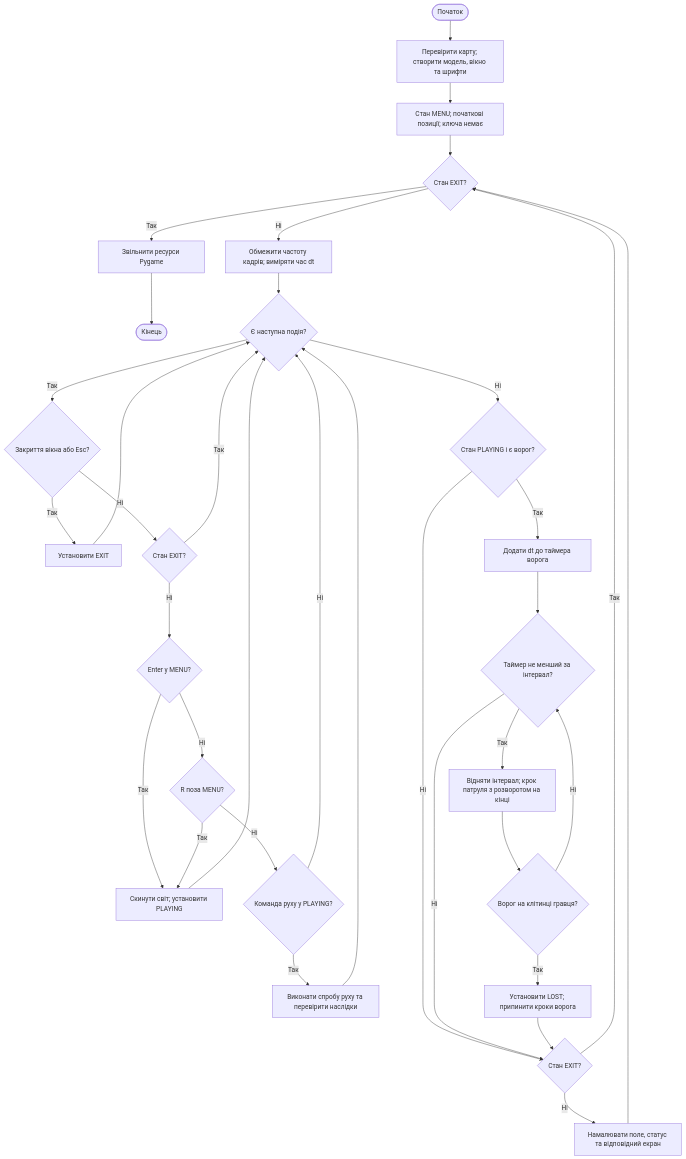
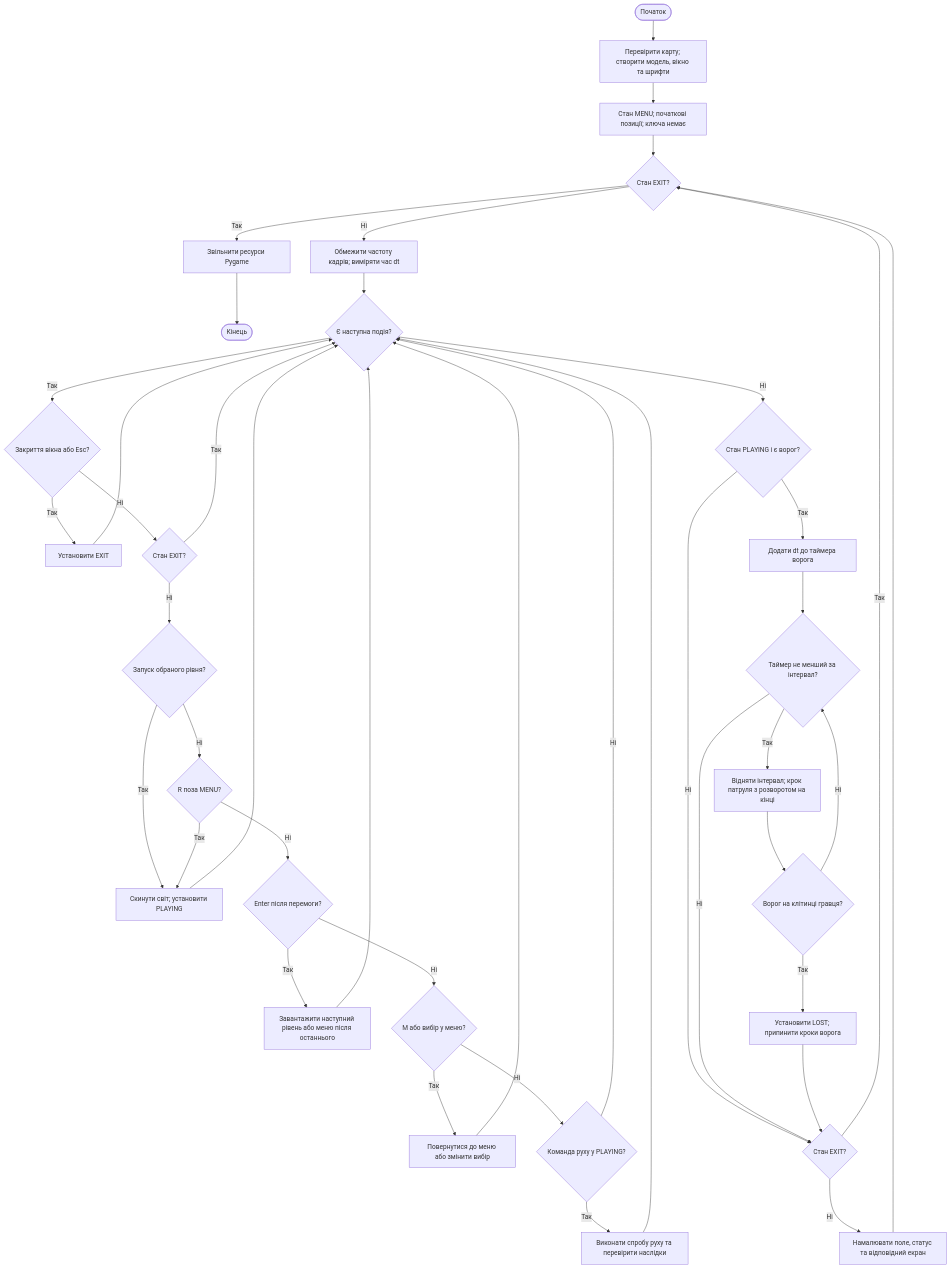
Before and after one commit to Quz1ro/Dungeon-Escape: the first of 3 diagrams in docs/diagrams.md, drawn with Mermaid. The commit also changed other lines of this file and 9 other files, not shown here.

Commit message:
Додано головне меню з емблемою, вибір та шість рівнів

````diff
--- a/docs/diagrams.md
+++ b/docs/diagrams.md
@@ -8,37 +8,43 @@
 ```mermaid
 flowchart TD
     A([Початок]) --> B[Перевірити карту; створити модель, вікно та шрифти]
     B --> C[Стан MENU; початкові позиції; ключа немає]
     C --> D{Стан EXIT?}
     D -- Так --> Z[Звільнити ресурси Pygame]
     Z --> END([Кінець])
     D -- Ні --> E[Обмежити частоту кадрів; виміряти час dt]
     E --> F{Є наступна подія?}
     F -- Так --> G{Закриття вікна або Esc?}
     G -- Так --> H[Установити EXIT]
     H --> F
     G -- Ні --> I{Стан EXIT?}
     I -- Так --> F
-    I -- Ні --> J{Enter у MENU?}
+    I -- Ні --> J{Запуск обраного рівня?}
     J -- Так --> K[Скинути світ; установити PLAYING]
     K --> F
     J -- Ні --> L{R поза MENU?}
     L -- Так --> K
-    L -- Ні --> M{Команда руху у PLAYING?}
+    L -- Ні --> NEXT{Enter після перемоги?}
+    NEXT -- Так --> LOAD[Завантажити наступний рівень або меню після останнього]
+    LOAD --> F
+    NEXT -- Ні --> BACK{M або вибір у меню?}
+    BACK -- Так --> SELECT[Повернутися до меню або змінити вибір]
+    SELECT --> F
+    BACK -- Ні --> M{Команда руху у PLAYING?}
     M -- Так --> N[Виконати спробу руху та перевірити наслідки]
     N --> F
     M -- Ні --> F
     F -- Ні --> O{Стан PLAYING і є ворог?}
     O -- Так --> P[Додати dt до таймера ворога]
     P --> Q{Таймер не менший за інтервал?}
     Q -- Так --> R[Відняти інтервал; крок патруля з розворотом на кінці]
     R --> S{Ворог на клітинці гравця?}
     S -- Так --> T[Установити LOST; припинити кроки ворога]
     S -- Ні --> Q
     O -- Ні --> U{Стан EXIT?}
     Q -- Ні --> U
     T --> U
     U -- Так --> D
     U -- Ні --> V[Намалювати поле, статус та відповідний екран]
     V --> D
 ```
````
